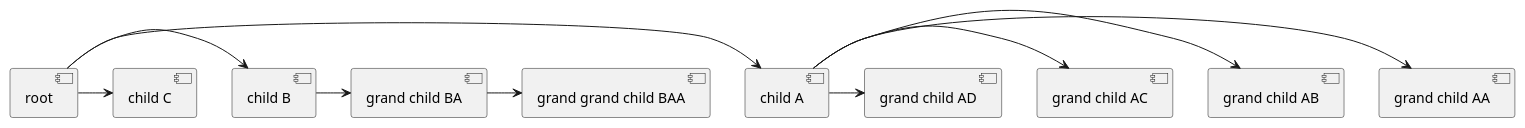
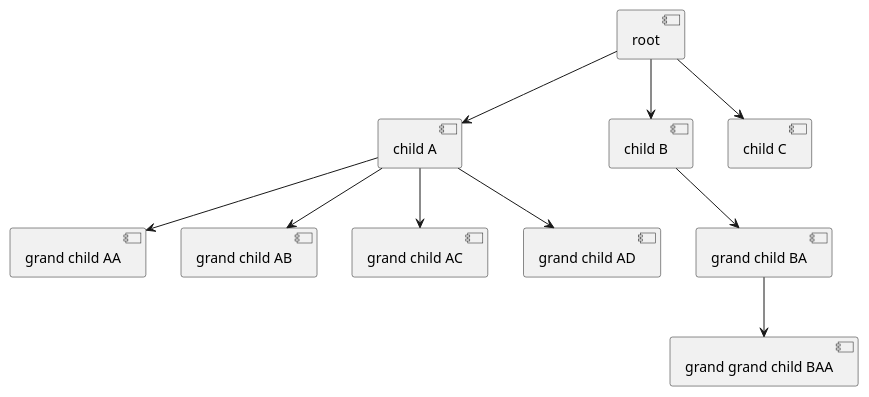
One commit to terrastruct/text-to-diagram-site changed the diagram in src/examples/3_trees/syntax/plantuml.puml. Above: the diagram before and after it, drawn with PlantUML. The commit also changed 1 other file, not shown here.

Commit message:
update plantuml tree

```diff
--- a/src/examples/3_trees/syntax/plantuml.puml
+++ b/src/examples/3_trees/syntax/plantuml.puml
@@ -1,17 +1,17 @@
 @startuml
 
 [root]
 
-[root] -> [child A]
-[root] -> [child B]
-[root] -> [child C]
+[root] --> [child A]
+[root] --> [child B]
+[root] --> [child C]
 
-[child A] -> [grand child AA]
-[child A] -> [grand child AB]
-[child A] -> [grand child AC]
-[child A] -> [grand child AD]
+[child A] --> [grand child AA]
+[child A] --> [grand child AB]
+[child A] --> [grand child AC]
+[child A] --> [grand child AD]
 
-[child B] -> [grand child BA]
-[grand child BA] -> [grand grand child BAA]
+[child B] --> [grand child BA]
+[grand child BA] --> [grand grand child BAA]
 
 @enduml
```
